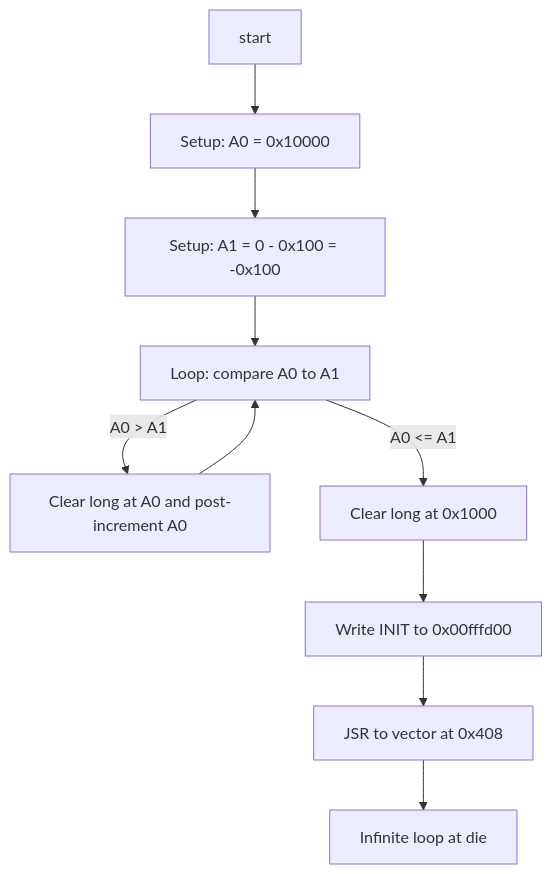
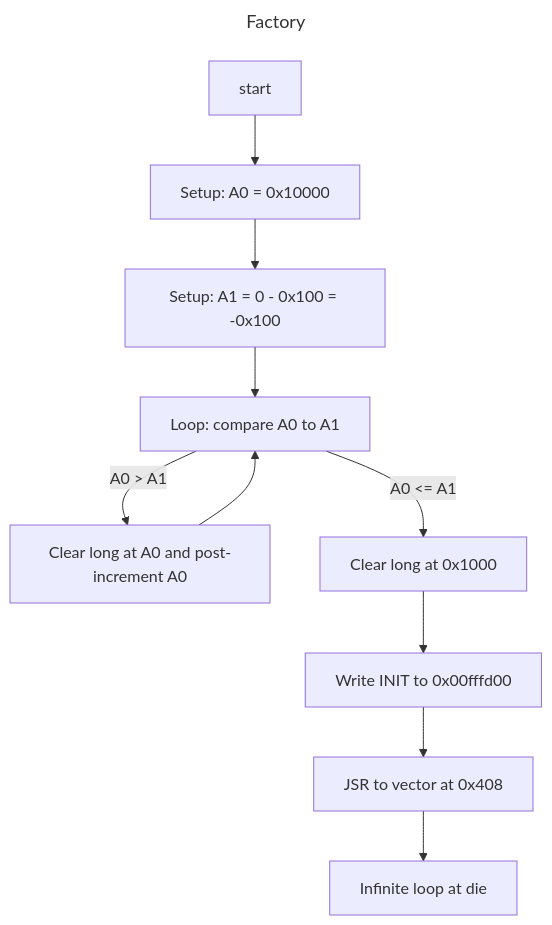
Before and after one commit to Automatenunsinn/factory: the diagram in README.md, drawn with Mermaid. The commit also changed other lines of this file, not shown here.

````diff
--- a/README.md
+++ b/README.md
@@ -6,12 +4,19 @@
 ```mermaid
+---
+title: Factory
+config:
+  theme: light
+  themeVariables:
+    fontFamily: "Bahnschrift Light"
+---
 flowchart TD
     A[start] --> B[Setup: A0 = 0x10000]
     B --> C[Setup: A1 = 0 - 0x100 = -0x100]
     C --> D[Loop: compare A0 to A1]
     D -->|A0 > A1| E[Clear long at A0 and post-increment A0]
     E --> D
     D -->|A0 <= A1| F[Clear long at 0x1000]
     F --> G[Write INIT to 0x00fffd00]
     G --> H[JSR to vector at 0x408]
     H --> I[Infinite loop at die]
 ```
````
